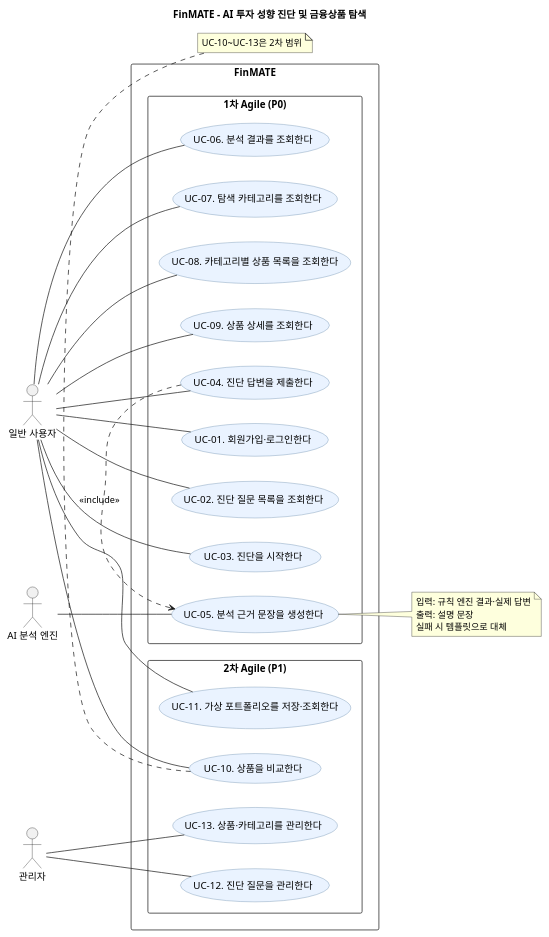
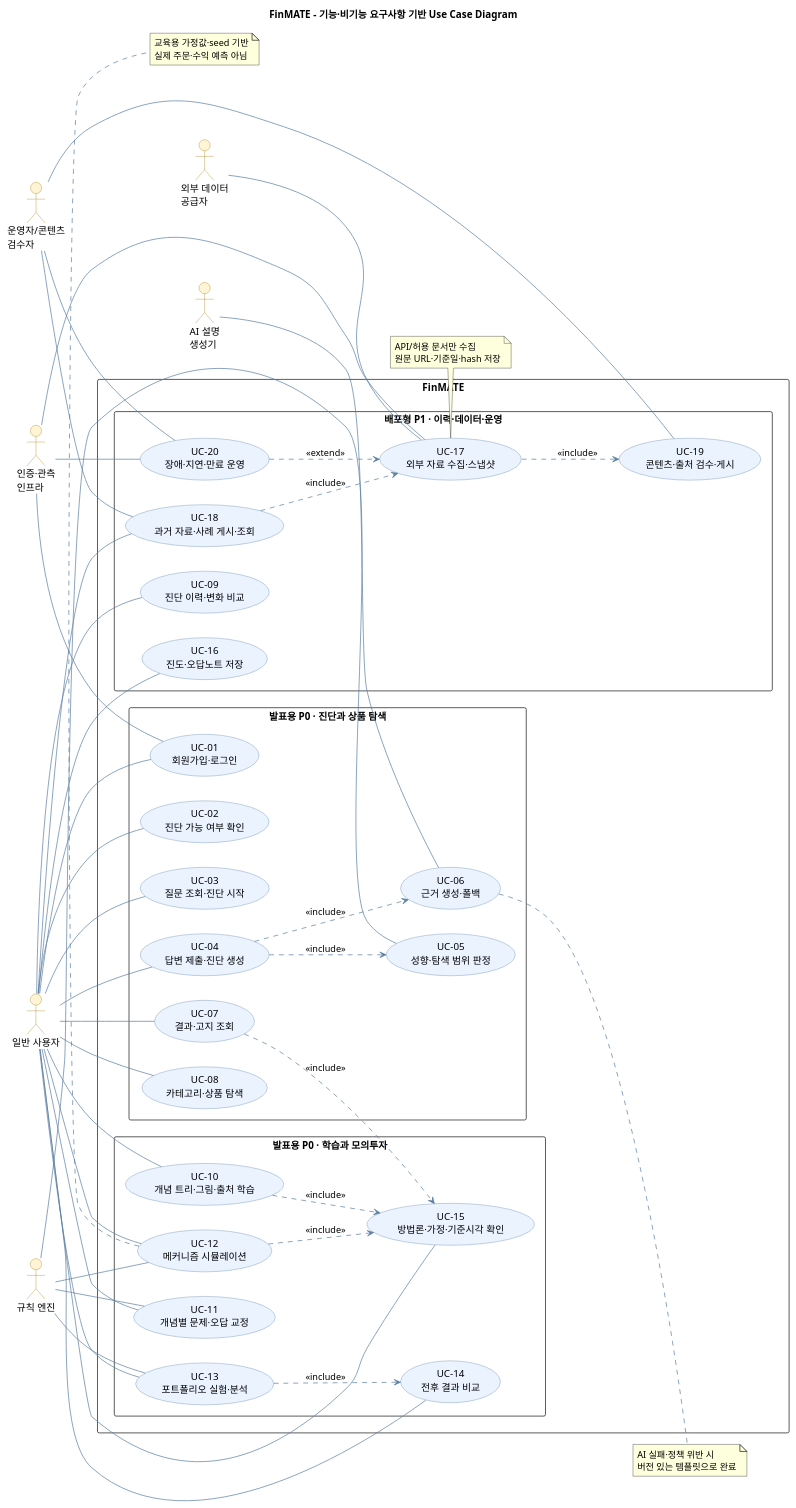
One commit to JungMK0720/AI-invest-interest changed the diagram in docs/07-usecase.puml. Above: the diagram before and after it, drawn with PlantUML. The commit also changed 99 other files, not shown here.

```diff
--- a/docs/07-usecase.puml
+++ b/docs/07-usecase.puml
@@ -1,61 +1,108 @@
 @startuml
-title FinMATE - AI 투자 성향 진단 및 금융상품 탐색
+title FinMATE - 기능·비기능 요구사항 기반 Use Case Diagram
 left to right direction
 skinparam packageStyle rectangle
+skinparam shadowing false
 skinparam usecase {
   BackgroundColor #EAF3FF
   BorderColor #5B7FA3
+  ArrowColor #5B7FA3
+}
+skinparam actor {
+  BackgroundColor #FFF4D6
+  BorderColor #A77B00
 }
 
 actor "일반 사용자" as User
-actor "AI 분석 엔진" as AI
-actor "관리자" as Admin
+actor "운영자/콘텐츠\n검수자" as Operator
+actor "규칙 엔진" as Rules
+actor "AI 설명\n생성기" as AI
+actor "외부 데이터\n공급자" as Provider
+actor "인증·관측\n인프라" as Infra
 
 rectangle "FinMATE" {
-  package "1차 Agile (P0)" {
-    usecase "UC-01. 회원가입·로그인한다" as UC01
-    usecase "UC-02. 진단 질문 목록을 조회한다" as UC02
-    usecase "UC-03. 진단을 시작한다" as UC03
-    usecase "UC-04. 진단 답변을 제출한다" as UC04
-    usecase "UC-05. 분석 근거 문장을 생성한다" as UC05
-    usecase "UC-06. 분석 결과를 조회한다" as UC06
-    usecase "UC-07. 탐색 카테고리를 조회한다" as UC07
-    usecase "UC-08. 카테고리별 상품 목록을 조회한다" as UC08
-    usecase "UC-09. 상품 상세를 조회한다" as UC09
+  package "발표용 P0 · 진단과 상품 탐색" {
+    usecase "UC-01\n회원가입·로그인" as UC01
+    usecase "UC-02\n진단 가능 여부 확인" as UC02
+    usecase "UC-03\n질문 조회·진단 시작" as UC03
+    usecase "UC-04\n답변 제출·진단 생성" as UC04
+    usecase "UC-05\n성향·탐색 범위 판정" as UC05
+    usecase "UC-06\n근거 생성·폴백" as UC06
+    usecase "UC-07\n결과·고지 조회" as UC07
+    usecase "UC-08\n카테고리·상품 탐색" as UC08
   }
 
-  package "2차 Agile (P1)" {
-    usecase "UC-10. 상품을 비교한다" as UC10
-    usecase "UC-11. 가상 포트폴리오를 저장·조회한다" as UC11
-    usecase "UC-12. 진단 질문을 관리한다" as UC12
-    usecase "UC-13. 상품·카테고리를 관리한다" as UC13
+  package "발표용 P0 · 학습과 모의투자" {
+    usecase "UC-10\n개념 트리·그림·출처 학습" as UC10
+    usecase "UC-11\n개념별 문제·오답 교정" as UC11
+    usecase "UC-12\n메커니즘 시뮬레이션" as UC12
+    usecase "UC-13\n포트폴리오 실험·분석" as UC13
+    usecase "UC-14\n전후 결과 비교" as UC14
+    usecase "UC-15\n방법론·가정·기준시각 확인" as UC15
+  }
+
+  package "배포형 P1 · 이력·데이터·운영" {
+    usecase "UC-09\n진단 이력·변화 비교" as UC09
+    usecase "UC-16\n진도·오답노트 저장" as UC16
+    usecase "UC-17\n외부 자료 수집·스냅샷" as UC17
+    usecase "UC-18\n과거 자료·사례 게시·조회" as UC18
+    usecase "UC-19\n콘텐츠·출처 검수·게시" as UC19
+    usecase "UC-20\n장애·지연·만료 운영" as UC20
   }
 }
 
 User -- UC01
 User -- UC02
 User -- UC03
 User -- UC04
-User -- UC06
 User -- UC07
 User -- UC08
 User -- UC09
 User -- UC10
 User -- UC11
+User -- UC12
+User -- UC13
+User -- UC14
+User -- UC15
+User -- UC16
+User -- UC18
 
-AI -- UC05
-Admin -- UC12
-Admin -- UC13
+Operator -- UC18
+Operator -- UC19
+Operator -- UC20
 
-UC04 .> UC05 : <<include>>
+Rules -- UC05
+Rules -- UC11
+Rules -- UC12
+Rules -- UC13
+AI -- UC06
+Provider -- UC17
+Infra -- UC01
+Infra -- UC17
+Infra -- UC20
 
-note right of UC05
-  입력: 규칙 엔진 결과·실제 답변
-  출력: 설명 문장
-  실패 시 템플릿으로 대체
+UC04 ..> UC05 : <<include>>
+UC04 ..> UC06 : <<include>>
+UC07 ..> UC15 : <<include>>
+UC10 ..> UC15 : <<include>>
+UC12 ..> UC15 : <<include>>
+UC13 ..> UC14 : <<include>>
+UC17 ..> UC19 : <<include>>
+UC18 ..> UC17 : <<include>>
+UC20 ..> UC17 : <<extend>>
+
+note right of UC06
+  AI 실패·정책 위반 시
+  버전 있는 템플릿으로 완료
 end note
 
-note bottom of UC10
-  UC-10~UC-13은 2차 범위
+note bottom of UC12
+  교육용 가정값·seed 기반
+  실제 주문·수익 예측 아님
+end note
+
+note bottom of UC17
+  API/허용 문서만 수집
+  원문 URL·기준일·hash 저장
 end note
 @enduml
```
